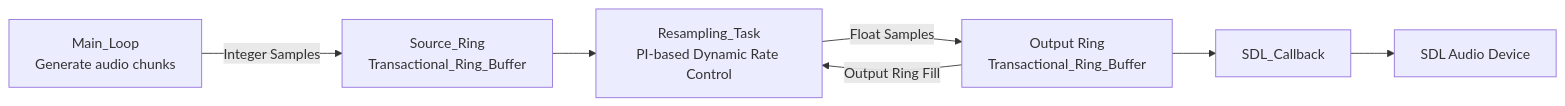
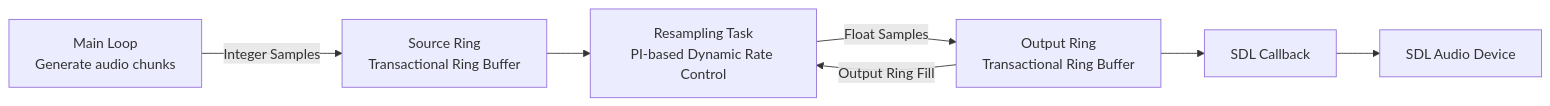
The diagram in README.md (ellamosi/gade-sdl), drawn with Mermaid before and after one commit. The commit also changed other lines of this file and 1 other file, not shown here.

````diff
--- a/README.md
+++ b/README.md
@@ -23,11 +82,11 @@
 ```mermaid
 flowchart LR
-    A[Main_Loop<br/>Generate audio chunks] -->|Integer Samples| B
-    B[Source_Ring<br/>Transactional_Ring_Buffer]
-    B --> C[Resampling_Task<br/>PI-based Dynamic Rate Control]
-    C -->|Float Samples| D[Output Ring<br/>Transactional_Ring_Buffer]
-    D --> E[SDL_Callback]
+    A[Main Loop<br/>Generate audio chunks] -->|Integer Samples| B
+    B[Source Ring<br/>Transactional Ring Buffer]
+    B --> C[Resampling Task<br/>PI-based Dynamic Rate Control]
+    C -->|Float Samples| D[Output Ring<br/>Transactional Ring Buffer]
+    D --> E[SDL Callback]
     E --> F[SDL Audio Device]
 
     D -- Output Ring Fill --> C
 ```
````
